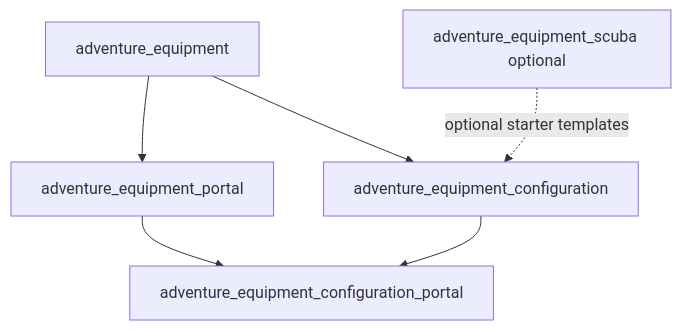
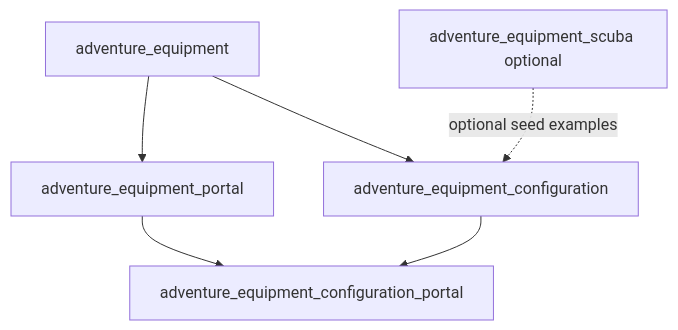
Before and after one commit to bsileo/adventure-pos-odoo: the third of 3 diagrams in docs/architecture/equipment-lists-portal.md, drawn with Mermaid. The commit also changed other lines of this file, not shown here.

First line of the commit message:
docs(architecture): close equipment lists open questions

````diff
--- a/docs/architecture/equipment-lists-portal.md
+++ b/docs/architecture/equipment-lists-portal.md
@@ -238,14 +242,14 @@
 ```mermaid
 flowchart TD
   equip["adventure_equipment"]
   eqportal["adventure_equipment_portal"]
   conf["adventure_equipment_configuration"]
   confportal["adventure_equipment_configuration_portal"]
   scuba["adventure_equipment_scuba optional"]
 
   equip --> eqportal
   equip --> conf
   conf --> confportal
   eqportal --> confportal
-  scuba -.->|"optional starter templates"| conf
+  scuba -.->|"optional seed examples"| conf
 ```
````
